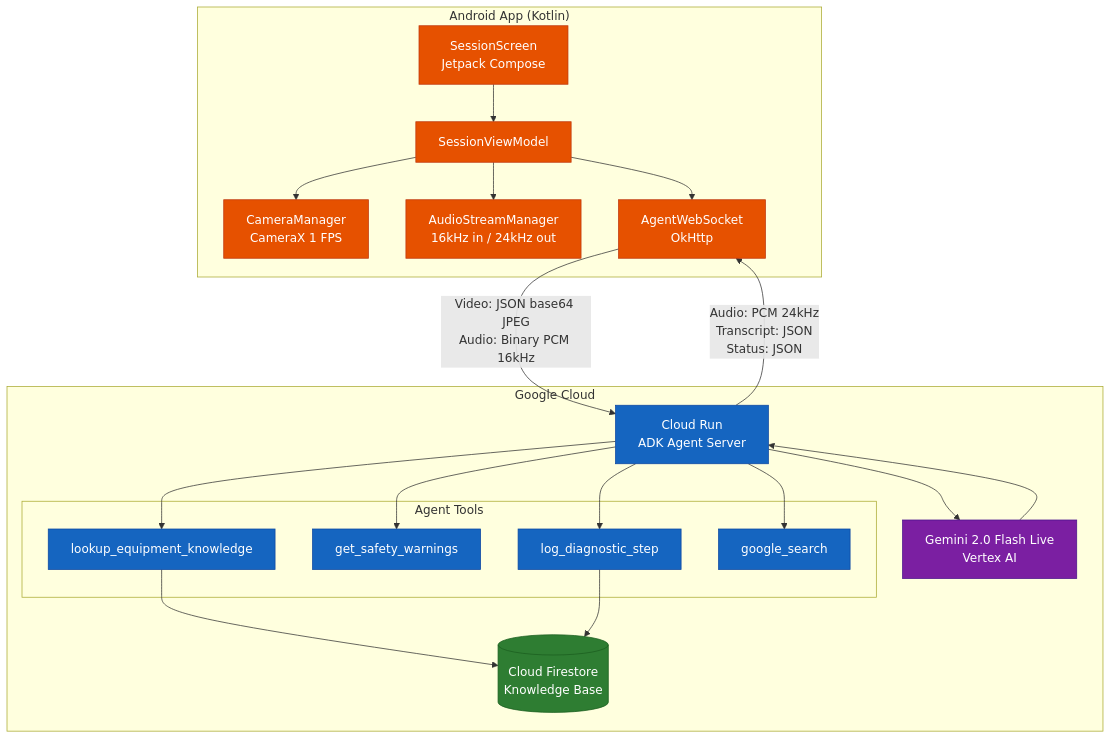
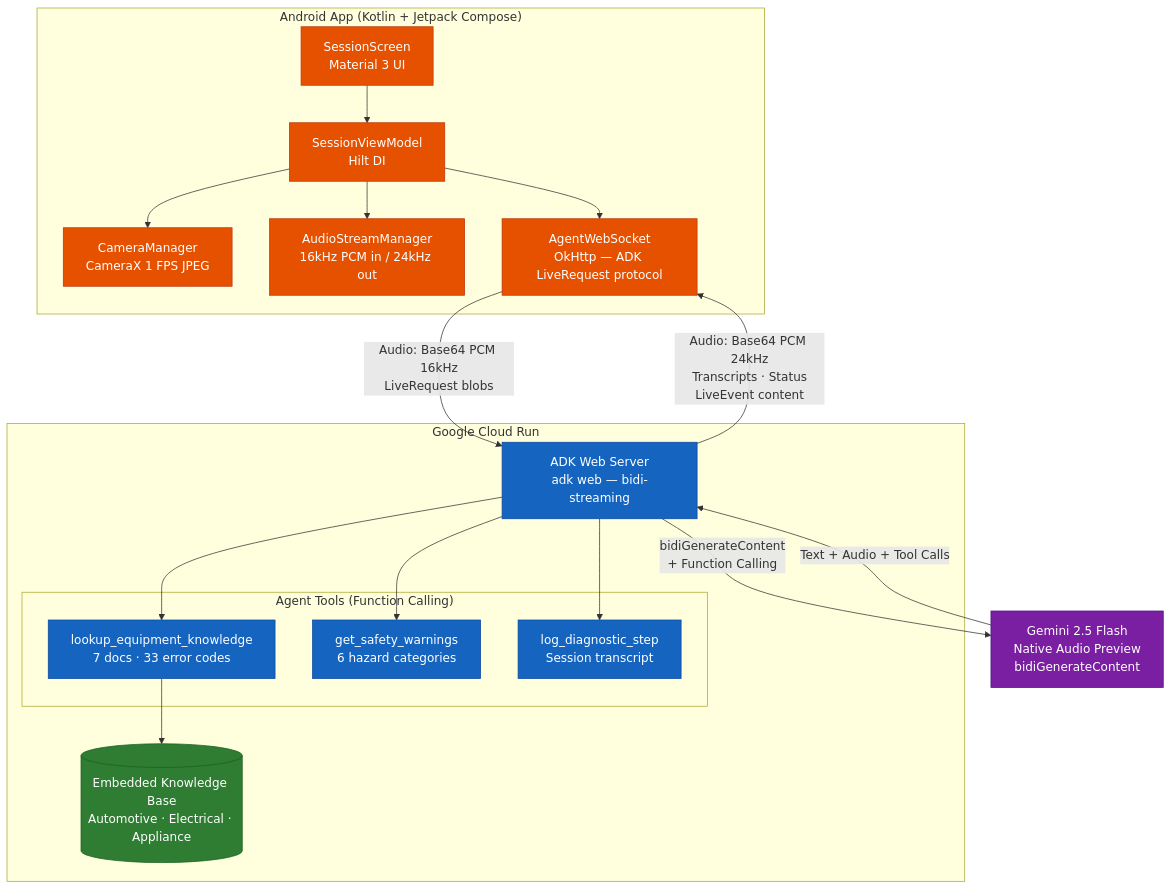
Before and after one commit to dabra-labs/fixIt-genie: the diagram in docs/architecture.mermaid, drawn with Mermaid.

Commit message:
Update architecture diagram: correct model, remove stale references
- Gemini 2.0 Flash Live → Gemini 2.5 Flash Native Audio Preview
- Removed Vertex AI label (uses Gemini API directly)
- Removed google_search tool (was removed from agent)
- Removed Firestore dependency (knowledge base is embedded)
- Added ADK protocol details (LiveRequest/LiveEvent, bidiGenerateContent)
- Added knowledge base stats (7 docs, 33 error codes, 6 hazard categories)

```diff
--- a/docs/architecture.mermaid
+++ b/docs/architecture.mermaid
@@ -1,51 +1,49 @@
 graph TB
-    subgraph "Android App (Kotlin)"
-        UI[SessionScreen<br/>Jetpack Compose]
-        VM[SessionViewModel]
-        CAM[CameraManager<br/>CameraX 1 FPS]
-        AUD[AudioStreamManager<br/>16kHz in / 24kHz out]
-        WS[AgentWebSocket<br/>OkHttp]
+    subgraph "Android App (Kotlin + Jetpack Compose)"
+        UI[SessionScreen<br/>Material 3 UI]
+        VM[SessionViewModel<br/>Hilt DI]
+        CAM[CameraManager<br/>CameraX 1 FPS JPEG]
+        AUD[AudioStreamManager<br/>16kHz PCM in / 24kHz out]
+        WS[AgentWebSocket<br/>OkHttp — ADK LiveRequest protocol]
     end
 
-    subgraph "Google Cloud"
-        CR[Cloud Run<br/>ADK Agent Server]
+    subgraph "Google Cloud Run"
+        CR[ADK Web Server<br/>adk web — bidi-streaming]
 
-        subgraph "Agent Tools"
-            KB[lookup_equipment_knowledge]
-            SW[get_safety_warnings]
-            LOG[log_diagnostic_step]
-            GS[google_search]
+        subgraph "Agent Tools (Function Calling)"
+            KB[lookup_equipment_knowledge<br/>7 docs · 33 error codes]
+            SW[get_safety_warnings<br/>6 hazard categories]
+            LOG[log_diagnostic_step<br/>Session transcript]
         end
 
-        GEMINI[Gemini 2.0 Flash Live<br/>Vertex AI]
-        FS[(Cloud Firestore<br/>Knowledge Base)]
+        KNOWLEDGEBASE[(Embedded Knowledge Base<br/>Automotive · Electrical · Appliance)]
     end
+
+    GEMINI[Gemini 2.5 Flash<br/>Native Audio Preview<br/>bidiGenerateContent]
 
     UI --> VM
     VM --> CAM
     VM --> AUD
     VM --> WS
 
-    WS -- "Video: JSON base64 JPEG<br/>Audio: Binary PCM 16kHz" --> CR
-    CR -- "Audio: PCM 24kHz<br/>Transcript: JSON<br/>Status: JSON" --> WS
+    WS -- "Audio: Base64 PCM 16kHz<br/>LiveRequest blobs" --> CR
+    CR -- "Audio: Base64 PCM 24kHz<br/>Transcripts · Status<br/>LiveEvent content" --> WS
 
-    CR --> GEMINI
-    GEMINI --> CR
+    CR -- "bidiGenerateContent<br/>+ Function Calling" --> GEMINI
+    GEMINI -- "Text + Audio + Tool Calls" --> CR
 
     CR --> KB
     CR --> SW
     CR --> LOG
-    CR --> GS
 
-    KB --> FS
-    LOG --> FS
+    KB --> KNOWLEDGEBASE
 
     classDef android fill:#E65100,color:#fff,stroke:#BF360C
     classDef gcloud fill:#1565C0,color:#fff,stroke:#0D47A1
     classDef gemini fill:#7B1FA2,color:#fff,stroke:#4A148C
-    classDef firestore fill:#2E7D32,color:#fff,stroke:#1B5E20
+    classDef knowledge fill:#2E7D32,color:#fff,stroke:#1B5E20
 
     class UI,VM,CAM,AUD,WS android
-    class CR,KB,SW,LOG,GS gcloud
+    class CR,KB,SW,LOG gcloud
     class GEMINI gemini
-    class FS firestore
+    class KNOWLEDGEBASE knowledge
```
